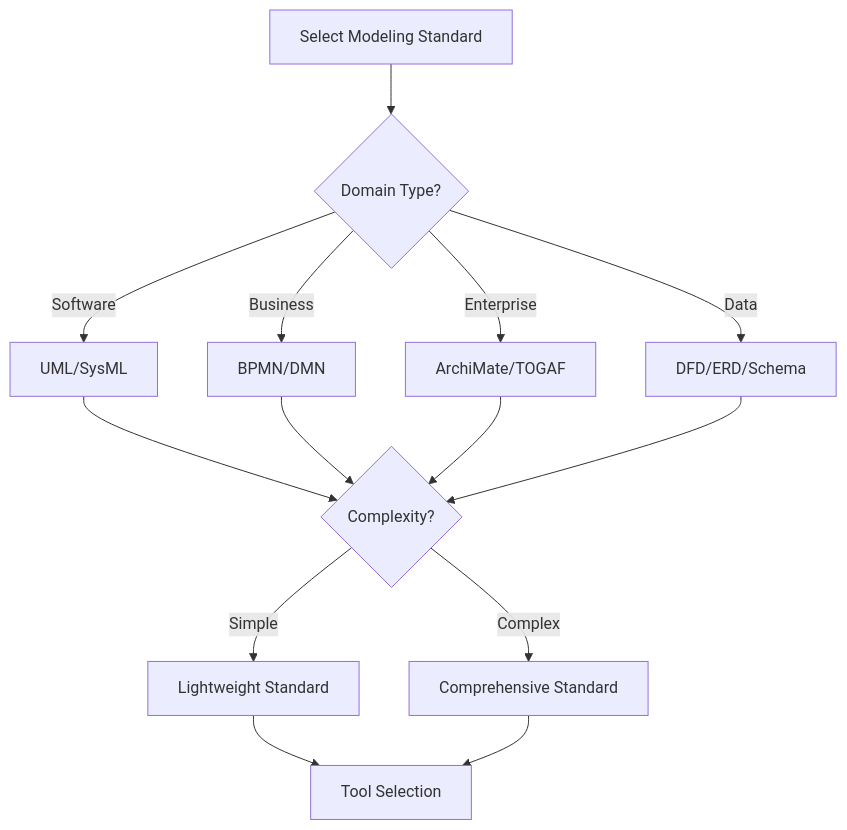
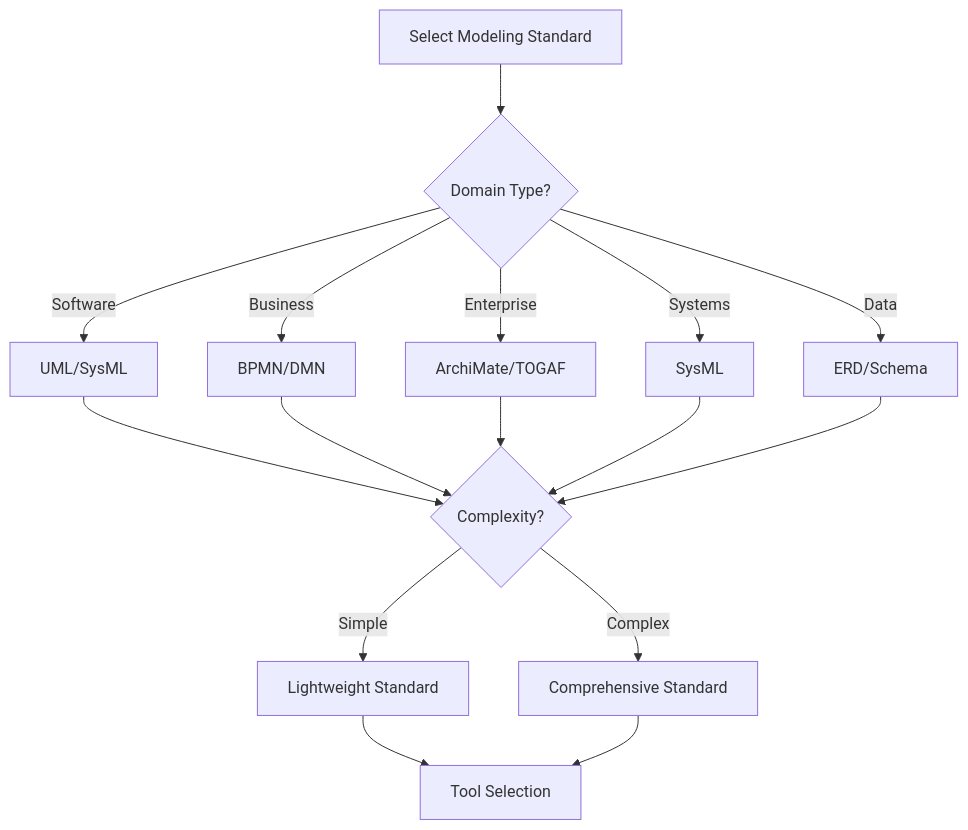
Before and after one commit to ljg-cqu/knowledge: the fourth of 10 diagrams in Modeling/Modeling_Standards_and_Tools_Guide.md, drawn with Mermaid. The commit also changed other lines of this file, not shown here.

````diff
--- a/Modeling/Modeling_Standards_and_Tools_Guide.md
+++ b/Modeling/Modeling_Standards_and_Tools_Guide.md
@@ -606,19 +630,22 @@
 ```mermaid
 flowchart TD
     A[Select Modeling Standard] --> B{Domain Type?}
+
     B -->|Software| C[UML/SysML]
     B -->|Business| D[BPMN/DMN]
     B -->|Enterprise| E[ArchiMate/TOGAF]
-    B -->|Data| F[DFD/ERD/Schema]
+    B -->|Systems| F[SysML]
+    B -->|Data| G[ERD/Schema]
     
-    C --> G{Complexity?}
-    D --> G
-    E --> G
-    F --> G
+    C --> H{Complexity?}
+    D --> H
+    E --> H
+    F --> H
+    G --> H
     
-    G -->|Simple| H[Lightweight Standard]
-    G -->|Complex| I[Comprehensive Standard]
+    H -->|Simple| I[Lightweight Standard]
+    H -->|Complex| J[Comprehensive Standard]
     
-    H --> J[Tool Selection]
-    I --> J
+    I --> K[Tool Selection]
+    J --> K
 ```
````
